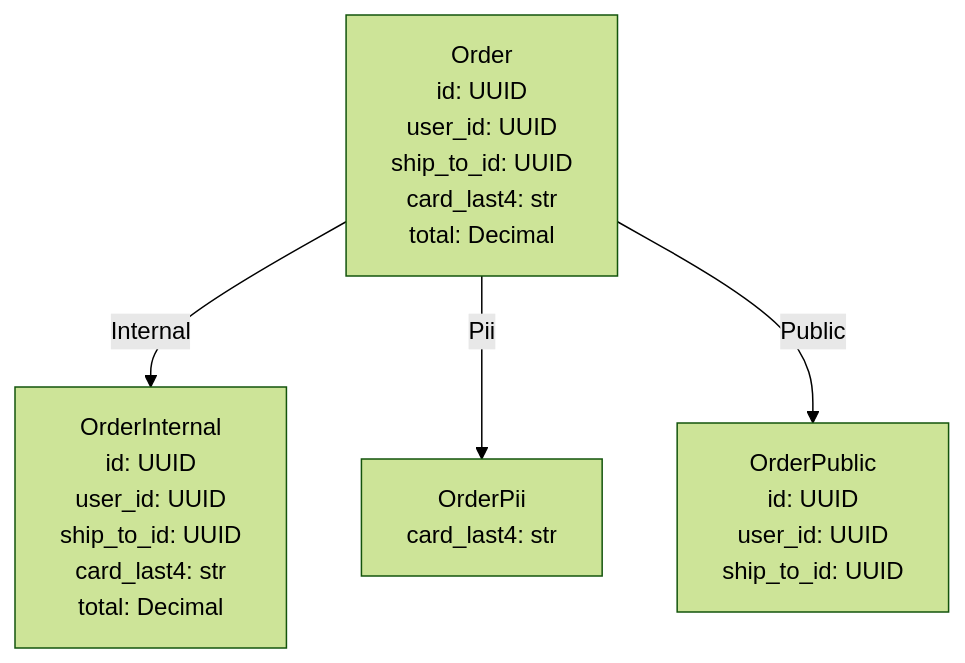
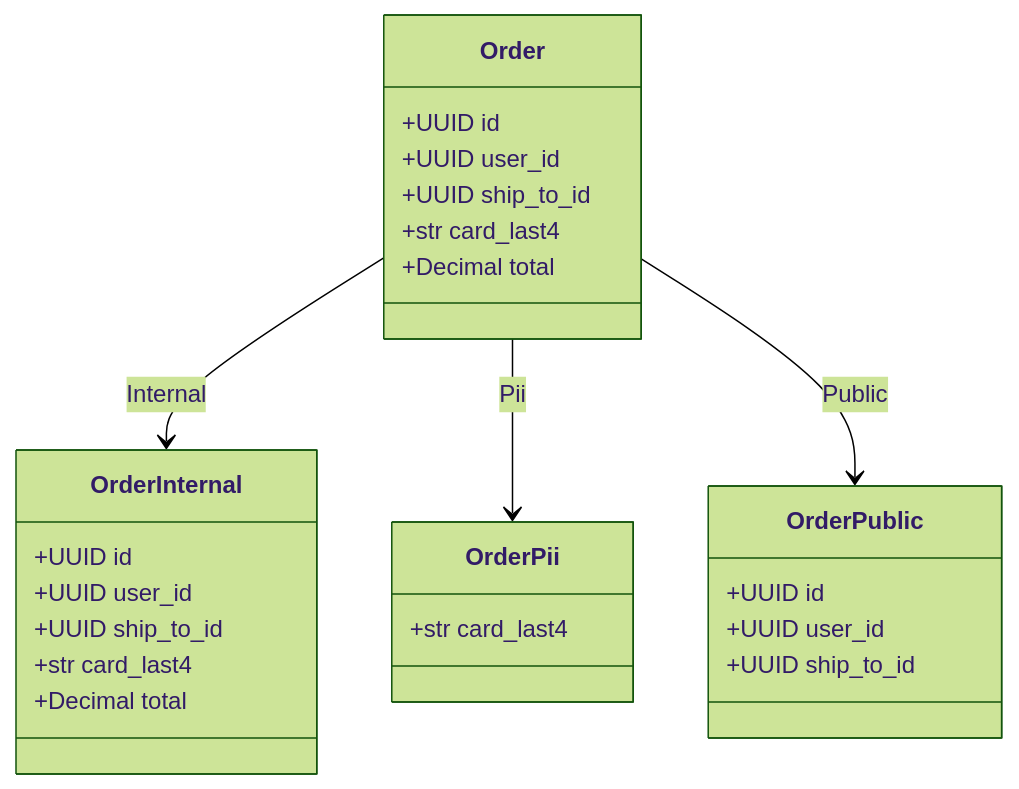
Before and after one commit to release-art/pydantic-prism: the third of 6 diagrams in examples/pii_dataflow/README.md, drawn with Mermaid (forest theme). The commit also changed other lines of this file and 7 other files, not shown here.

````diff
--- a/examples/pii_dataflow/README.md
+++ b/examples/pii_dataflow/README.md
@@ -58,11 +74,29 @@
 ```mermaid
-graph TD
-    Order["Order<br/>id: UUID<br/>user_id: UUID<br/>ship_to_id: UUID<br/>card_last4: str<br/>total: Decimal"]
-    OrderInternal["OrderInternal<br/>id: UUID<br/>user_id: UUID<br/>ship_to_id: UUID<br/>card_last4: str<br/>total: Decimal"]
-    OrderPii["OrderPii<br/>card_last4: str"]
-    OrderPublic["OrderPublic<br/>id: UUID<br/>user_id: UUID<br/>ship_to_id: UUID"]
-    Order -->|"Internal"| OrderInternal
-    Order -->|"Pii"| OrderPii
-    Order -->|"Public"| OrderPublic
-    classDef partial stroke-dasharray: 5 5;
+classDiagram
+    direction TB
+    class Order {
+        +UUID id
+        +UUID user_id
+        +UUID ship_to_id
+        +str card_last4
+        +Decimal total
+    }
+    class OrderInternal {
+        +UUID id
+        +UUID user_id
+        +UUID ship_to_id
+        +str card_last4
+        +Decimal total
+    }
+    class OrderPii {
+        +str card_last4
+    }
+    class OrderPublic {
+        +UUID id
+        +UUID user_id
+        +UUID ship_to_id
+    }
+    Order --> OrderInternal : Internal
+    Order --> OrderPii : Pii
+    Order --> OrderPublic : Public
 ```
````
